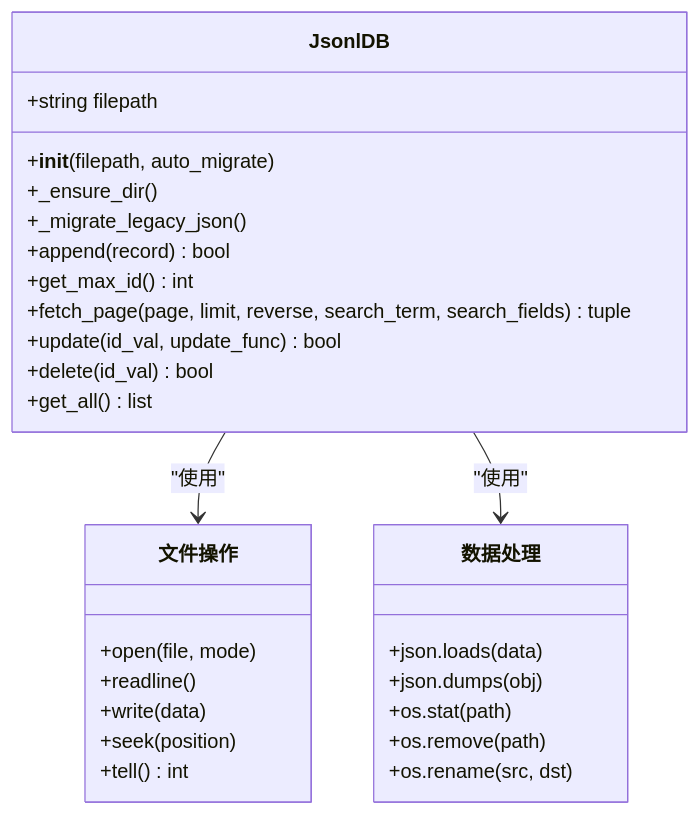
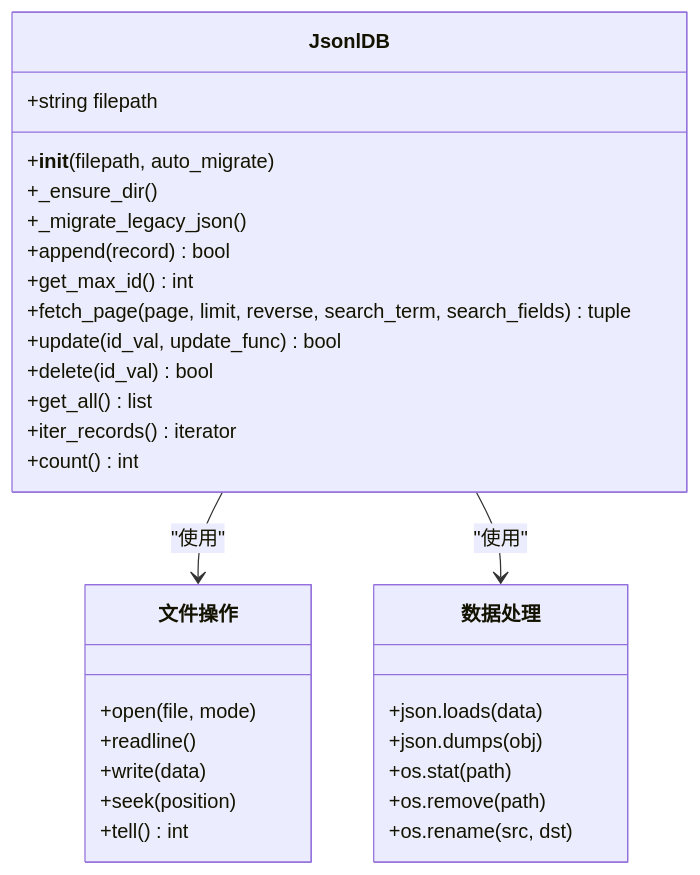
The third of 11 diagrams in .qoder/repowiki/zh/content/数据管理/JSONL数据库系统.md (qq20739111/weilushishe-lishitai), drawn with Mermaid before and after one commit. The commit also changed other lines of this file and 23 other files, not shown here.

````diff
--- a/.qoder/repowiki/zh/content/数据管理/JSONL数据库系统.md
+++ b/.qoder/repowiki/zh/content/数据管理/JSONL数据库系统.md
@@ -169,31 +149,33 @@
 ```mermaid
 classDiagram
 class JsonlDB {
 +string filepath
 +__init__(filepath, auto_migrate)
 +_ensure_dir()
 +_migrate_legacy_json()
 +append(record) bool
 +get_max_id() int
 +fetch_page(page, limit, reverse, search_term, search_fields) tuple
 +update(id_val, update_func) bool
 +delete(id_val) bool
 +get_all() list
++iter_records() iterator
++count() int
 }
 class 文件操作 {
 +open(file, mode)
 +readline()
 +write(data)
 +seek(position)
 +tell() int
 }
 class 数据处理 {
 +json.loads(data)
 +json.dumps(obj)
 +os.stat(path)
 +os.remove(path)
 +os.rename(src, dst)
 }
 JsonlDB --> 文件操作 : "使用"
 JsonlDB --> 数据处理 : "使用"
 ```
````
